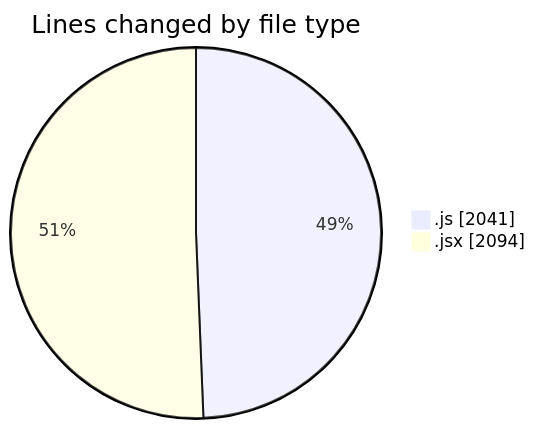
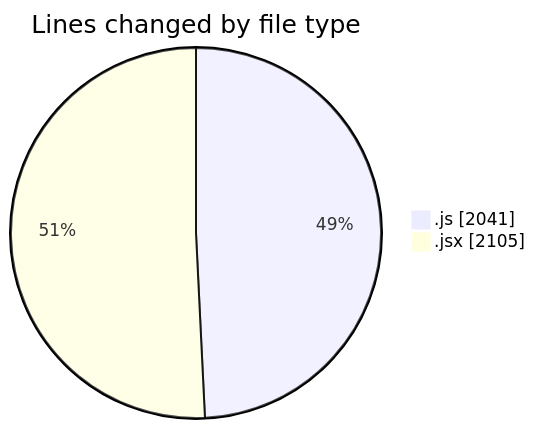
Before and after one commit to nxtqubesakshisongat/code-tracking: the first of 2 diagrams in 2025-09-01/nxtqube_webapp/README.md, drawn with Mermaid. The commit also changed other lines of this file and 1 other file, not shown here.

````diff
--- a/2025-09-01/nxtqube_webapp/README.md
+++ b/2025-09-01/nxtqube_webapp/README.md
@@ -25,6 +25,6 @@
 ```mermaid
 pie showData
 title Lines changed by file type
 ".js" : 2041
-".jsx" : 2094
+".jsx" : 2105
 ```
````
